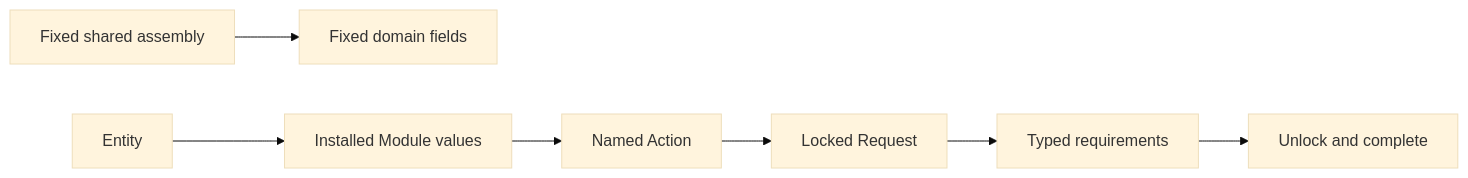
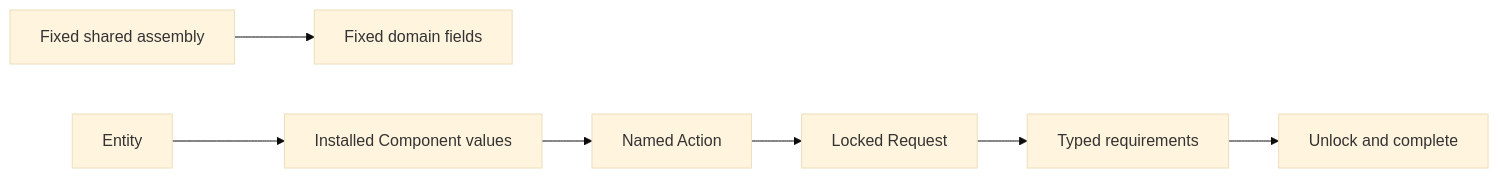
One commit to Scetrov/frontier.scetrov.live changed the diagram in content/develop/world-contracts/version-comparison/architecture.md. Above: the diagram before and after it, drawn with Mermaid (base theme). The commit also changed other lines of this file and 8 other files, not shown here.

````diff
--- a/content/develop/world-contracts/version-comparison/architecture.md
+++ b/content/develop/world-contracts/version-comparison/architecture.md
@@ -10,9 +10,9 @@
 ```mermaid
 flowchart LR
   V0[Fixed shared assembly] --> Fields[Fixed domain fields]
-  V1[Entity] --> Modules[Installed Module<T> values]
-  Modules --> Action[Named Action]
+  V1[Entity] --> Components[Installed Component values]
+  Components --> Action[Named Action]
   Action --> Request[Locked Request]
   Request --> Requirements[Typed requirements]
   Requirements --> Complete[Unlock and complete]
 ```
````
